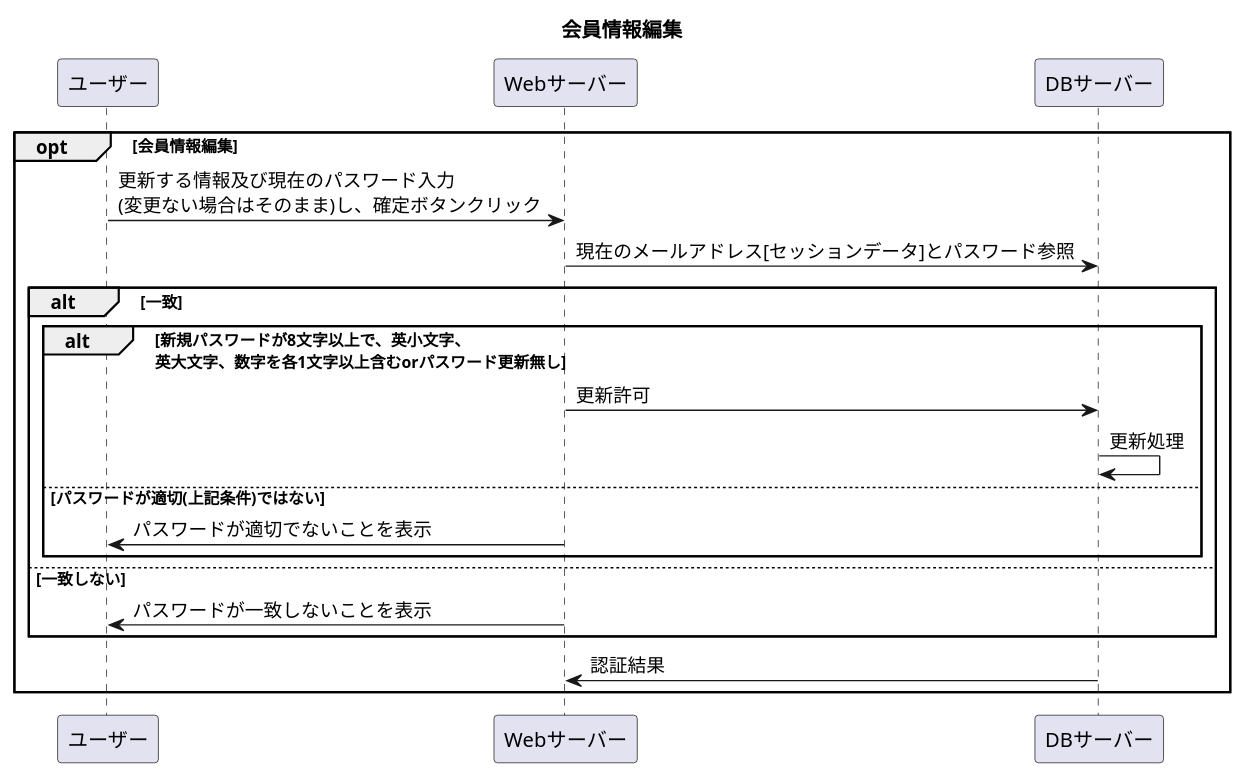
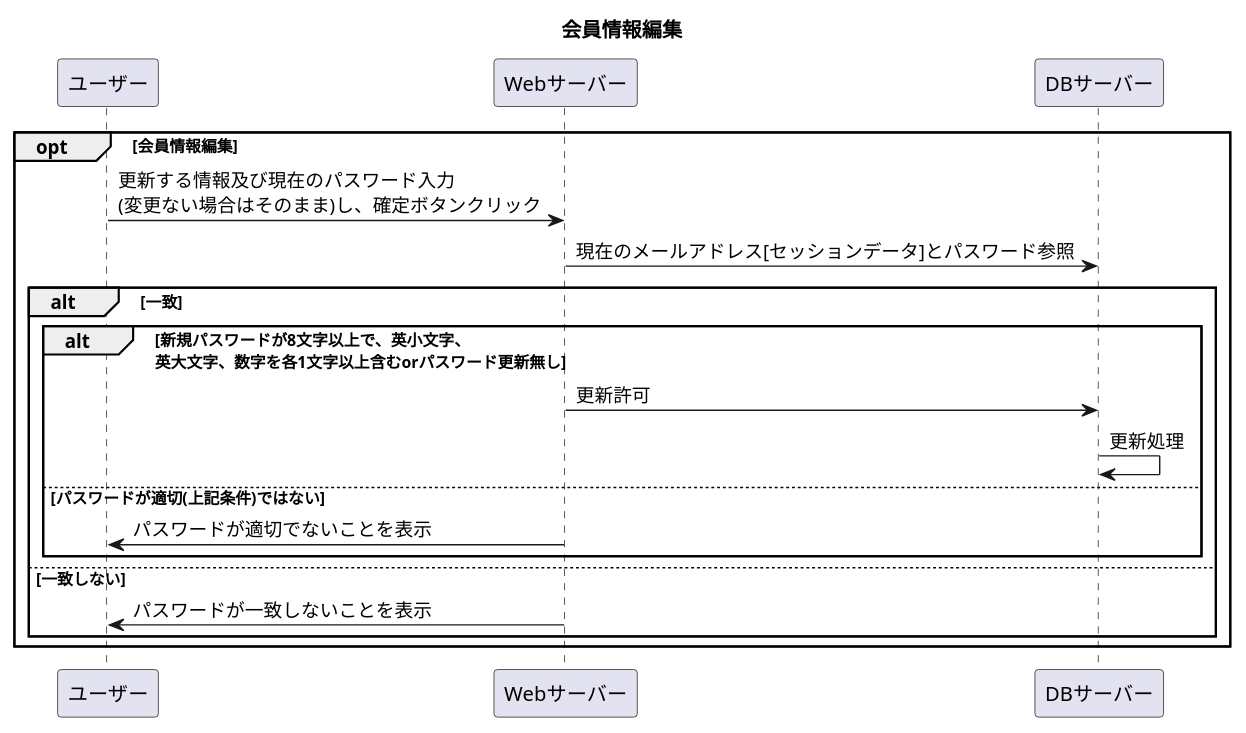
One commit to Aso2001227/Aso-Sports-1 changed the diagram in 設計書/02_業務フロー/Edit-Business-Flow.md. Above: the diagram before and after it, drawn with PlantUML.

````diff
--- a/設計書/02_業務フロー/Edit-Business-Flow.md
+++ b/設計書/02_業務フロー/Edit-Business-Flow.md
@@ -1,20 +1,19 @@
 ```uml
 @startuml
 title: 会員情報編集
 opt 会員情報編集
         ユーザー ->Webサーバー :更新する情報及び現在のパスワード入力\n(変更ない場合はそのまま)し、確定ボタンクリック
         Webサーバー -> DBサーバー : 現在のメールアドレス[セッションデータ]とパスワード参照
         alt 一致
                 alt 新規パスワードが8文字以上で、英小文字、\n英大文字、数字を各1文字以上含むorパスワード更新無し
                        Webサーバー -> DBサーバー : 更新許可
                        DBサーバー -> DBサーバー : 更新処理
                 else パスワードが適切(上記条件)ではない
                         Webサーバー -> ユーザー : パスワードが適切でないことを表示
                 end
         else 一致しない
                 Webサーバー -> ユーザー : パスワードが一致しないことを表示
         end
-        DBサーバー -> Webサーバー : 認証結果
 end
 @enduml
 ```
````
